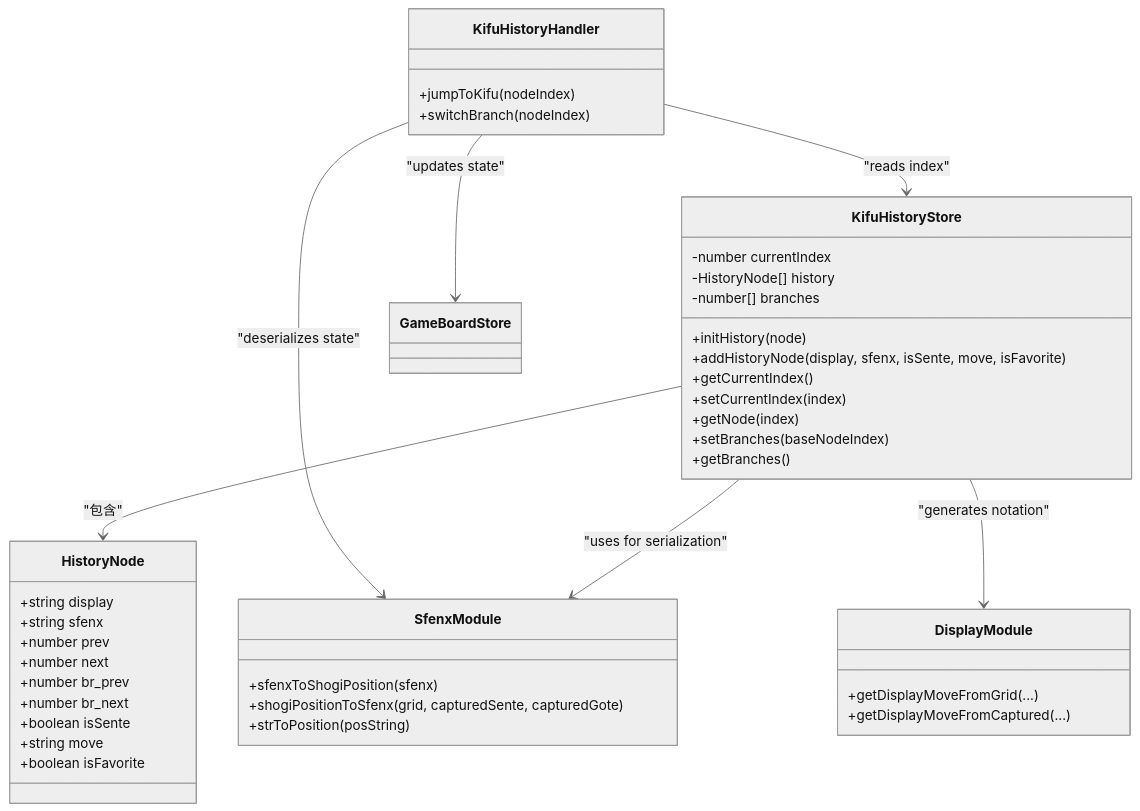
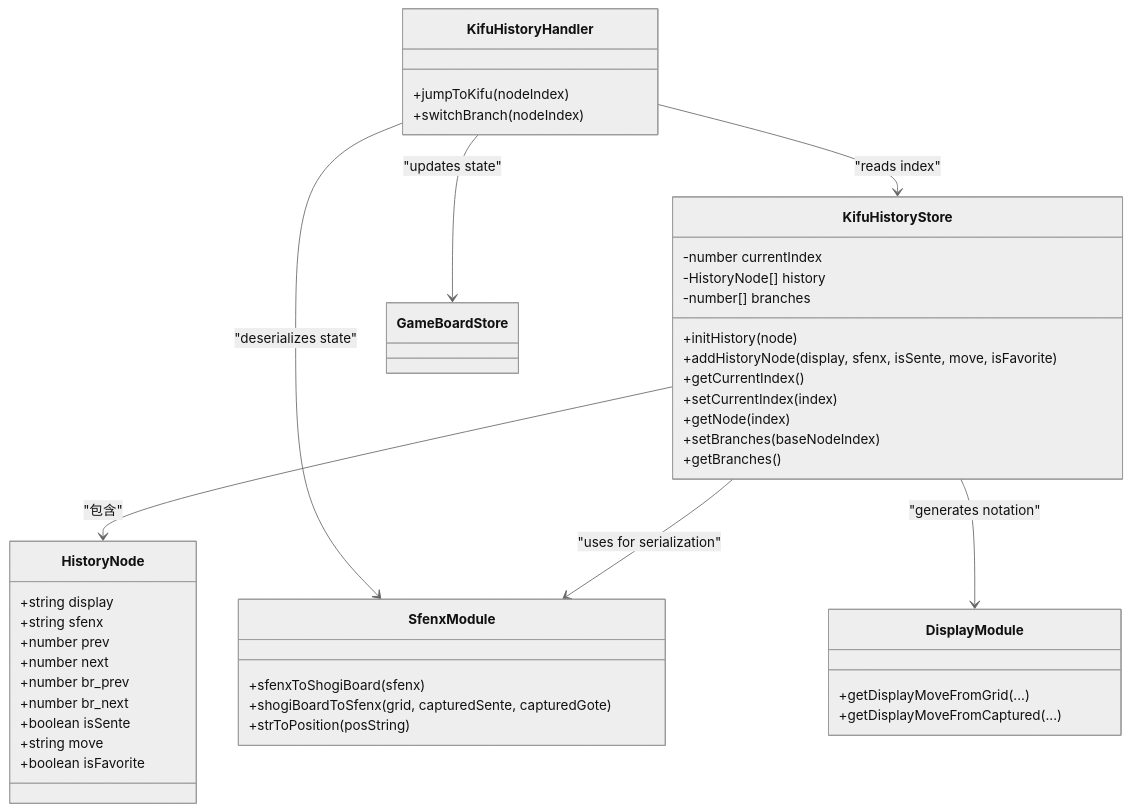
Before and after one commit to hashiryo/SvelteShogi: the second of 8 diagrams in .qoder/repowiki/ja/content/State Management/Kifu History Store.md, drawn with Mermaid (neutral theme). The commit also changed other lines of this file and 17 other files, not shown here.

````diff
--- a/.qoder/repowiki/ja/content/State Management/Kifu History Store.md
+++ b/.qoder/repowiki/ja/content/State Management/Kifu History Store.md
@@ -107,45 +120,45 @@
 ```mermaid
 classDiagram
 class HistoryNode {
 +string display
 +string sfenx
 +number prev
 +number next
 +number br_prev
 +number br_next
 +boolean isSente
 +string move
 +boolean isFavorite
 }
 class KifuHistoryStore {
 -number currentIndex
 -HistoryNode[] history
 -number[] branches
 +initHistory(node)
 +addHistoryNode(display, sfenx, isSente, move, isFavorite)
 +getCurrentIndex()
 +setCurrentIndex(index)
 +getNode(index)
 +setBranches(baseNodeIndex)
 +getBranches()
 }
 class KifuHistoryHandler {
 +jumpToKifu(nodeIndex)
 +switchBranch(nodeIndex)
 }
 class SfenxModule {
-+sfenxToShogiPosition(sfenx)
-+shogiPositionToSfenx(grid, capturedSente, capturedGote)
++sfenxToShogiBoard(sfenx)
++shogiBoardToSfenx(grid, capturedSente, capturedGote)
 +strToPosition(posString)
 }
 class DisplayModule {
 +getDisplayMoveFromGrid(...)
 +getDisplayMoveFromCaptured(...)
 }
 KifuHistoryStore --> HistoryNode : "包含"
 KifuHistoryHandler --> KifuHistoryStore : "reads index"
 KifuHistoryHandler --> SfenxModule : "deserializes state"
 KifuHistoryHandler --> GameBoardStore : "updates state"
 KifuHistoryStore --> SfenxModule : "uses for serialization"
 KifuHistoryStore --> DisplayModule : "generates notation"
 ```
````
